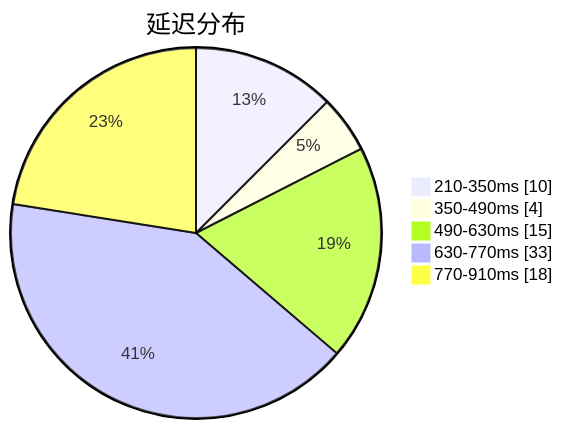
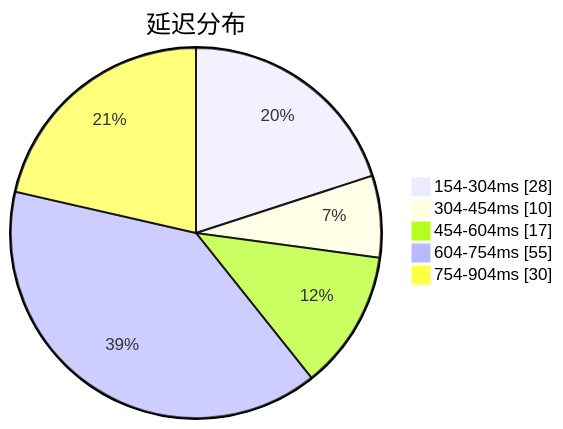
The first of 3 diagrams in subs/statistics/tested_within.md (qjlxg/airport), drawn with Mermaid before and after one commit. The commit also changed other lines of this file and 2 other files, not shown here.

````diff
--- a/subs/statistics/tested_within.md
+++ b/subs/statistics/tested_within.md
@@ -2,9 +2,9 @@
 ```mermaid
 pie showData
 title 延迟分布
-"210-350ms" : 10
-"350-490ms" : 4
-"490-630ms" : 15
-"630-770ms" : 33
-"770-910ms" : 18
+"154-304ms" : 28
+"304-454ms" : 10
+"454-604ms" : 17
+"604-754ms" : 55
+"754-904ms" : 30
 ```
````
